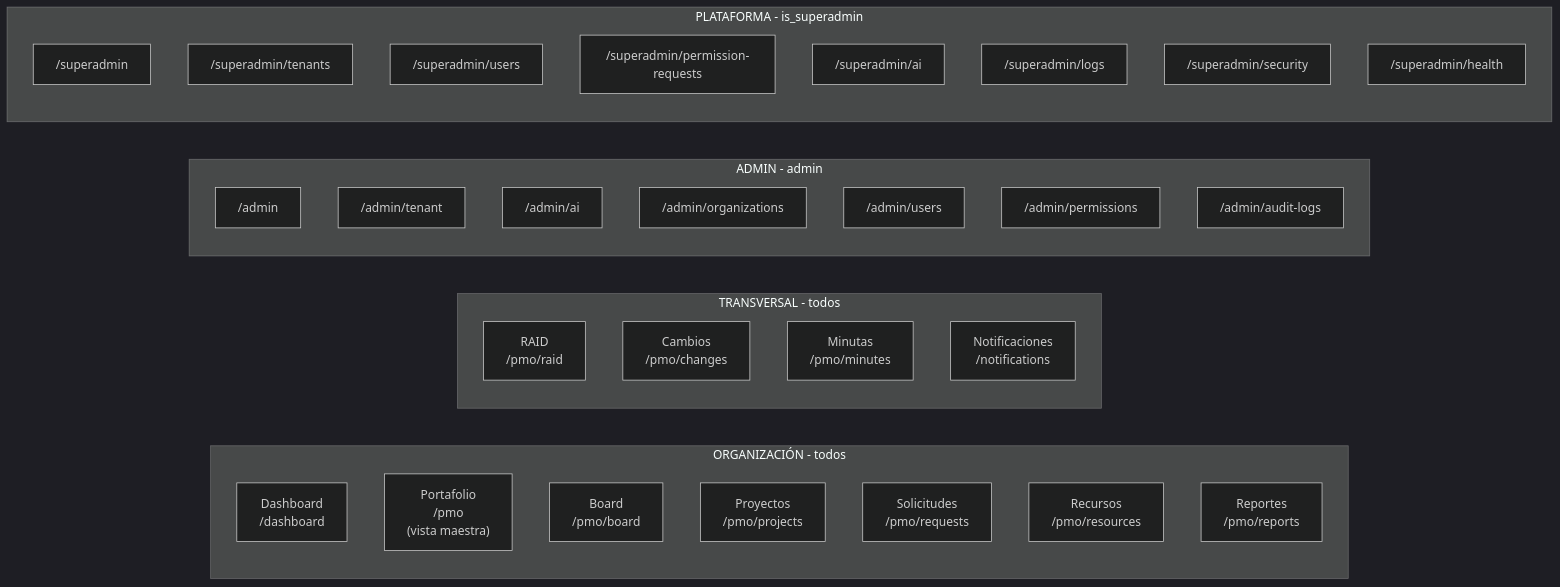
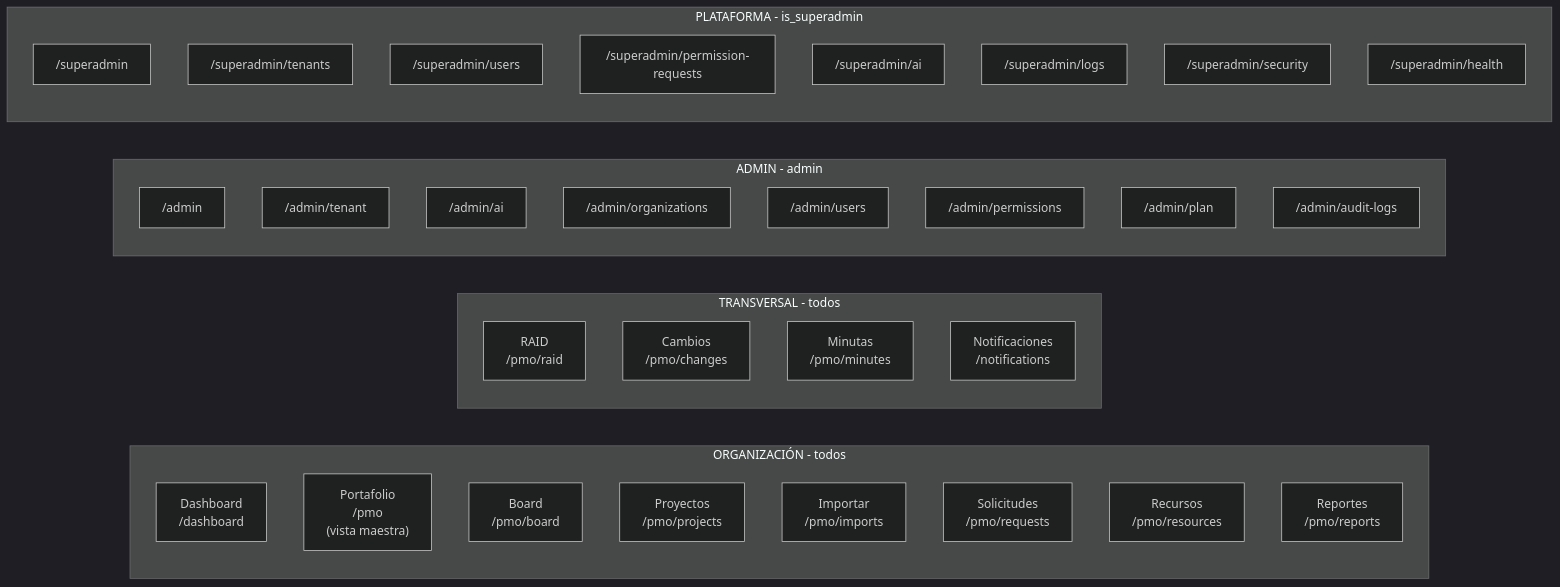
The second of 8 diagrams in docs/architecture/navigation.md (xguilxr/pmo_aas), drawn with Mermaid (dark theme) before and after one commit. The commit also changed other lines of this file and 7 other files, not shown here.

````diff
--- a/docs/architecture/navigation.md
+++ b/docs/architecture/navigation.md
@@ -184,40 +184,42 @@
 ```mermaid
 flowchart LR
     subgraph ORG ["ORGANIZACIÓN - todos"]
         N1["Dashboard<br/>/dashboard"]
         N2["Portafolio<br/>/pmo<br/>(vista maestra)"]
         N2b["Board<br/>/pmo/board"]
         N3["Proyectos<br/>/pmo/projects"]
+        N3b["Importar<br/>/pmo/imports"]
         N4["Solicitudes<br/>/pmo/requests"]
         N5["Recursos<br/>/pmo/resources"]
         N6["Reportes<br/>/pmo/reports"]
     end
 
     subgraph TRANS ["TRANSVERSAL - todos"]
         T1["RAID<br/>/pmo/raid"]
         T2["Cambios<br/>/pmo/changes"]
         T3["Minutas<br/>/pmo/minutes"]
         T4["Notificaciones<br/>/notifications"]
     end
 
     subgraph ADMIN_NAV ["ADMIN - admin"]
         A0["/admin"]
         A1["/admin/tenant"]
         A2["/admin/ai"]
         A3["/admin/organizations"]
         A4["/admin/users"]
         A5["/admin/permissions"]
+        A5b["/admin/plan"]
         A6["/admin/audit-logs"]
     end
 
     subgraph SUPER_NAV ["PLATAFORMA - is_superadmin"]
         S1["/superadmin"]
         S2["/superadmin/tenants"]
         S3["/superadmin/users"]
         S4["/superadmin/permission-requests"]
         S5["/superadmin/ai"]
         S6["/superadmin/logs"]
         S7["/superadmin/security"]
         S8["/superadmin/health"]
     end
 ```
````
